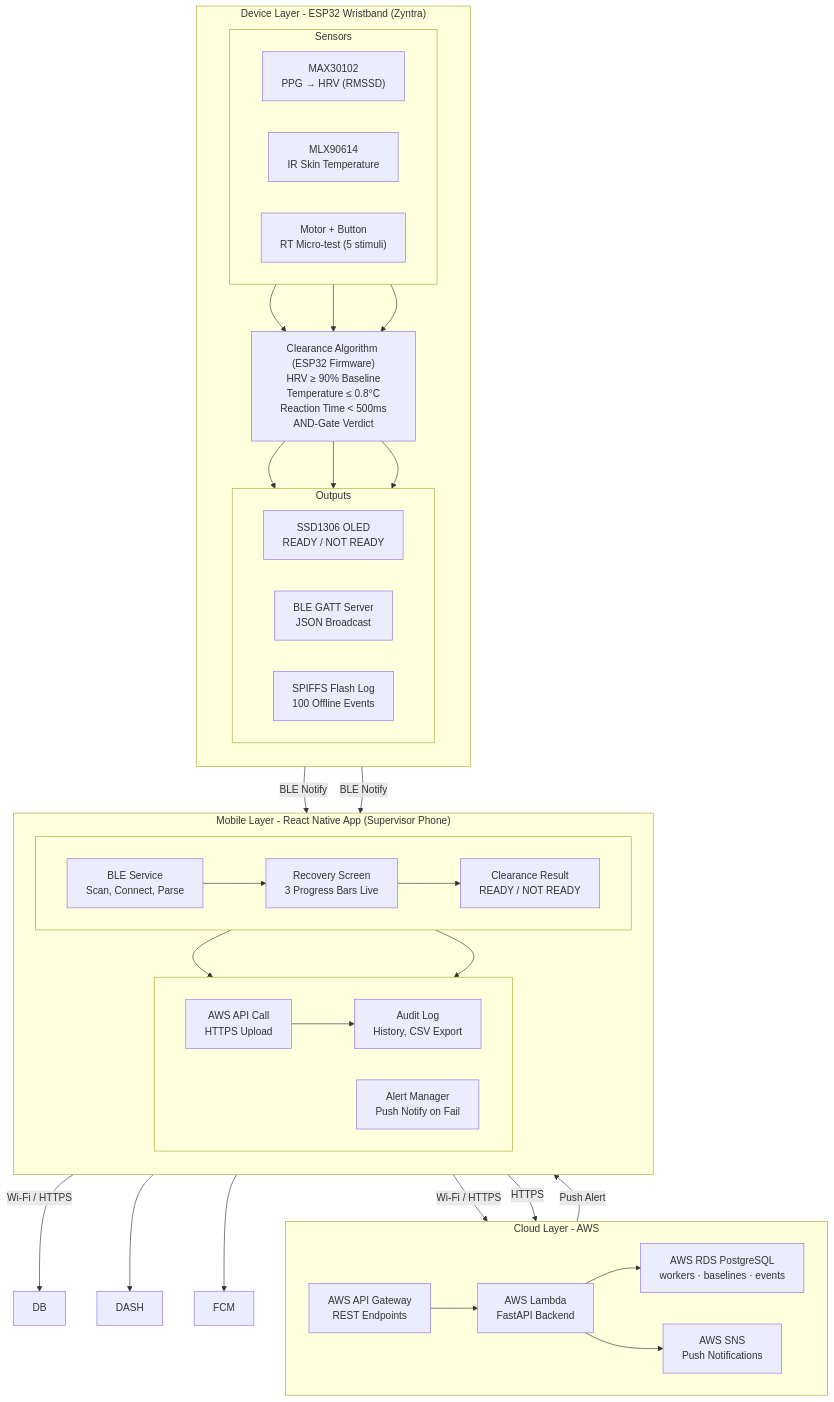
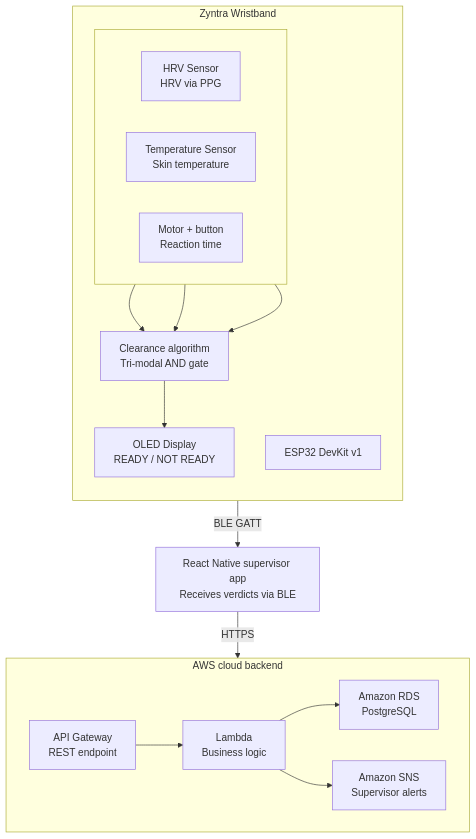
Before and after one commit to hasinidd/Zyntra_Sem5: the diagram in README.md, drawn with Mermaid.

Commit message:
Refactor system architecture diagram in README

````diff
--- a/README.md
+++ b/README.md
@@ -46,64 +46,37 @@
 ```mermaid
 flowchart TB
-subgraph Cloud["Cloud Layer - AWS"]
+subgraph Wristband["Zyntra Wristband"]
+    direction TB
+    Note1["ESP32 DevKit v1"]
+    subgraph Sensors[" "]
+        direction LR
+        HRV["HRV Sensor<br/>HRV via PPG"]
+        TEMP["Temperature Sensor<br/>Skin temperature"]
+        RT["Motor + button<br/>Reaction time"]
+    end
+    ALG["Clearance algorithm<br/>Tri-modal AND gate"]
+    OLED["OLED Display<br/>READY / NOT READY"]
+
+    HRV --> ALG
+    TEMP --> ALG
+    RT --> ALG
+    ALG --> OLED
+end
+
+APP["React Native supervisor app<br/>Receives verdicts via BLE"]
+
+subgraph Cloud["AWS cloud backend"]
     direction LR
-    APIGW["AWS API Gateway<br/>REST Endpoints"]
-    LAMBDA["AWS Lambda<br/>FastAPI Backend"]
-    RDS["AWS RDS PostgreSQL<br/>workers · baselines · events"]
-    SNS["AWS SNS<br/>Push Notifications"]
+    APIGW["API Gateway<br/>REST endpoint"]
+    LAMBDA["Lambda<br/>Business logic"]
+    RDS["Amazon RDS<br/>PostgreSQL"]
+    SNS["Amazon SNS<br/>Supervisor alerts"]
+
     APIGW --> LAMBDA
     LAMBDA --> RDS
     LAMBDA --> SNS
 end
-subgraph Mobile["Mobile Layer - React Native App (Supervisor Phone)"]
-    direction TB
-    subgraph MobileTop[" "]
-        direction LR
-        BLE["BLE Service<br/>Scan, Connect, Parse"]
-        REC["Recovery Screen<br/>3 Progress Bars Live"]
-        RESULT["Clearance Result<br/>READY / NOT READY"]
-    end
-    subgraph MobileBottom[" "]
-        direction LR
-        AUDIT["Audit Log<br/>History, CSV Export"]
-        SYNC["AWS API Call<br/>HTTPS Upload"]
-        ALERT["Alert Manager<br/>Push Notify on Fail"]
-    end
-end
-subgraph Device["Device Layer - ESP32 Wristband (Zyntra)"]
-    direction TB
-    subgraph Sensors["Sensors"]
-        direction LR
-        MAX["MAX30102<br/>PPG → HRV (RMSSD)"]
-        TEMP["MLX90614<br/>IR Skin Temperature"]
-        RT["Motor + Button<br/>RT Micro-test (5 stimuli)"]
-    end
-    ALG["Clearance Algorithm (ESP32 Firmware)<br/>HRV ≥ 90% Baseline<br/>Temperature ≤ 0.8°C<br/>Reaction Time < 500ms<br/>AND-Gate Verdict"]
-    subgraph Outputs["Outputs"]
-        direction LR
-        OLED["SSD1306 OLED<br/>READY / NOT READY"]
-        GATT["BLE GATT Server<br/>JSON Broadcast"]
-        LOG["SPIFFS Flash Log<br/>100 Offline Events"]
-    end
-    MAX --> ALG
-    TEMP --> ALG
-    RT --> ALG
-    ALG --> OLED
-    ALG --> GATT
-    ALG --> LOG
-end
-GATT -- BLE Notify --> BLE
-BLE --> REC
-REC --> RESULT
-RESULT --> SYNC
-RESULT --> ALERT
-SYNC -- Wi-Fi / HTTPS --> APIGW
-ALERT -- HTTPS --> APIGW
-SNS -- Push Alert --> ALERT
-SYNC --> AUDIT
 
-GATT -- BLE Notify --> BLE
-SYNC -- Wi-Fi / HTTPS --> DB
-SYNC --> DASH
-SYNC --> FCM
+Wristband -- "BLE GATT" --> APP
+APP -- "HTTPS" --> Cloud
 ```
````
